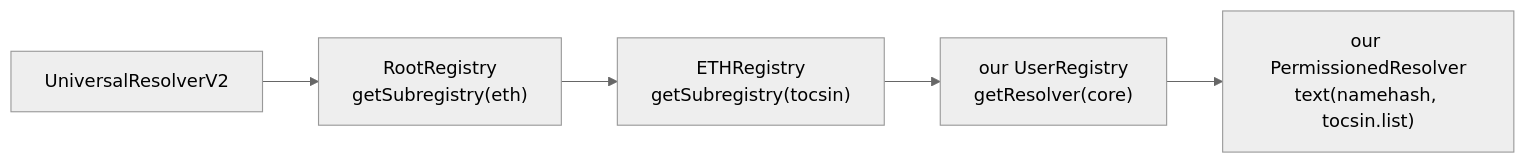
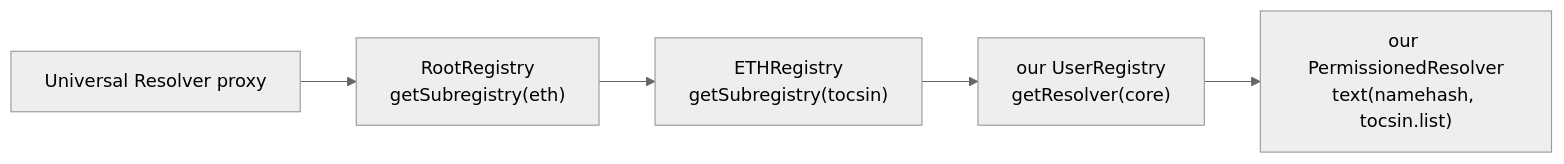
The second of 2 diagrams in README.md (easonchai/tocsin), drawn with Mermaid (neutral theme) before and after one commit. The commit also changed other lines of this file and 16 other files, not shown here.

````diff
--- a/README.md
+++ b/README.md
@@ -156,7 +158,7 @@
 ```mermaid
 flowchart LR
-  ur["UniversalResolverV2"] --> a["RootRegistry<br/>getSubregistry(eth)"]
+  ur["Universal Resolver proxy"] --> a["RootRegistry<br/>getSubregistry(eth)"]
   a --> b["ETHRegistry<br/>getSubregistry(tocsin)"]
   b --> c["our UserRegistry<br/>getResolver(core)"]
   c --> d["our PermissionedResolver<br/>text(namehash, tocsin.list)"]
 ```
````
